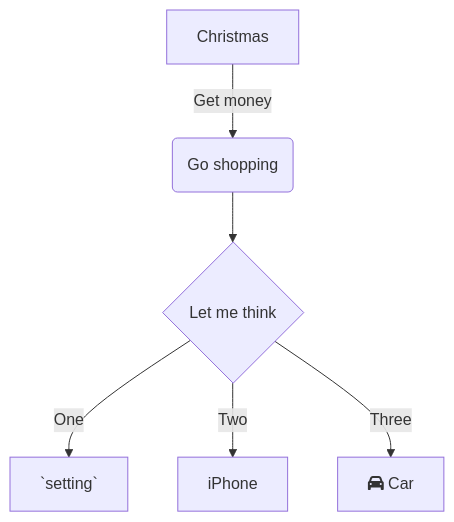
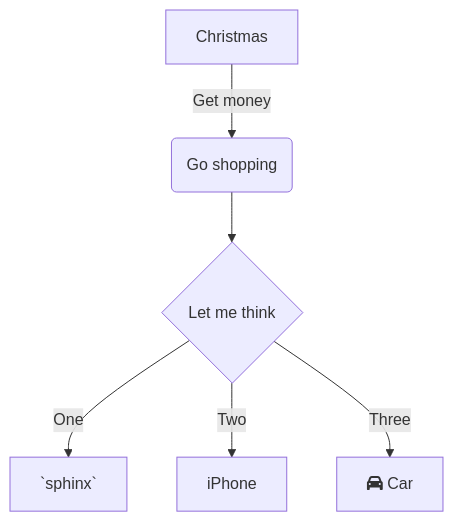
The diagram in .swm/testing-consequitivews-snippets-in-view-mode.8xe19.sw.md (nadav-swimm/flask), drawn with Mermaid before and after one commit. The commit also changed other lines of this file, not shown here.

````diff
--- a/.swm/testing-consequitivews-snippets-in-view-mode.8xe19.sw.md
+++ b/.swm/testing-consequitivews-snippets-in-view-mode.8xe19.sw.md
@@ -53,10 +57,9 @@
 ```mermaid
 graph TD
 A[Christmas] -->|Get money| B(Go shopping)
 B --> C{Let me think}
-C -->|One| D[`setting`]
+C -->|One| D[`sphinx`]
 C -->|Two| E[iPhone]
 C -->|Three| F[fa:fa-car Car]
 
-
 ```
````
